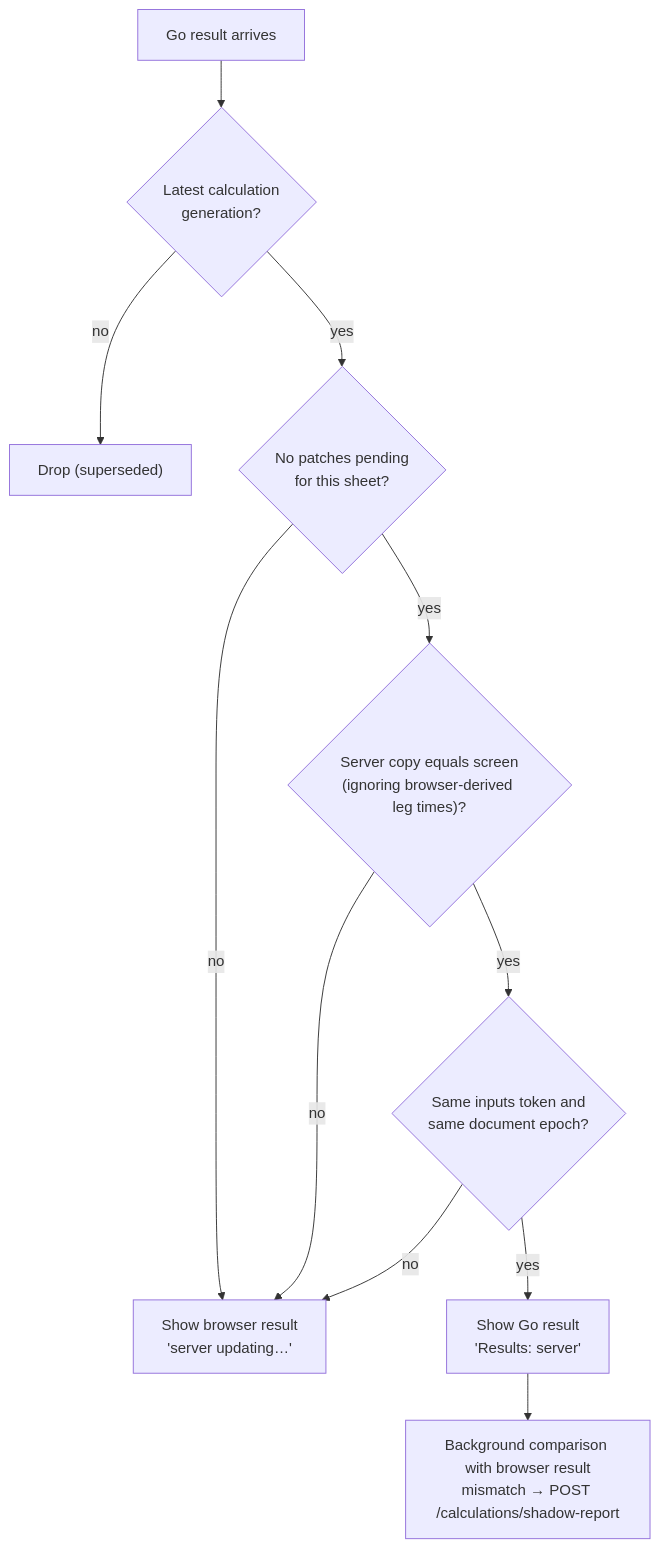
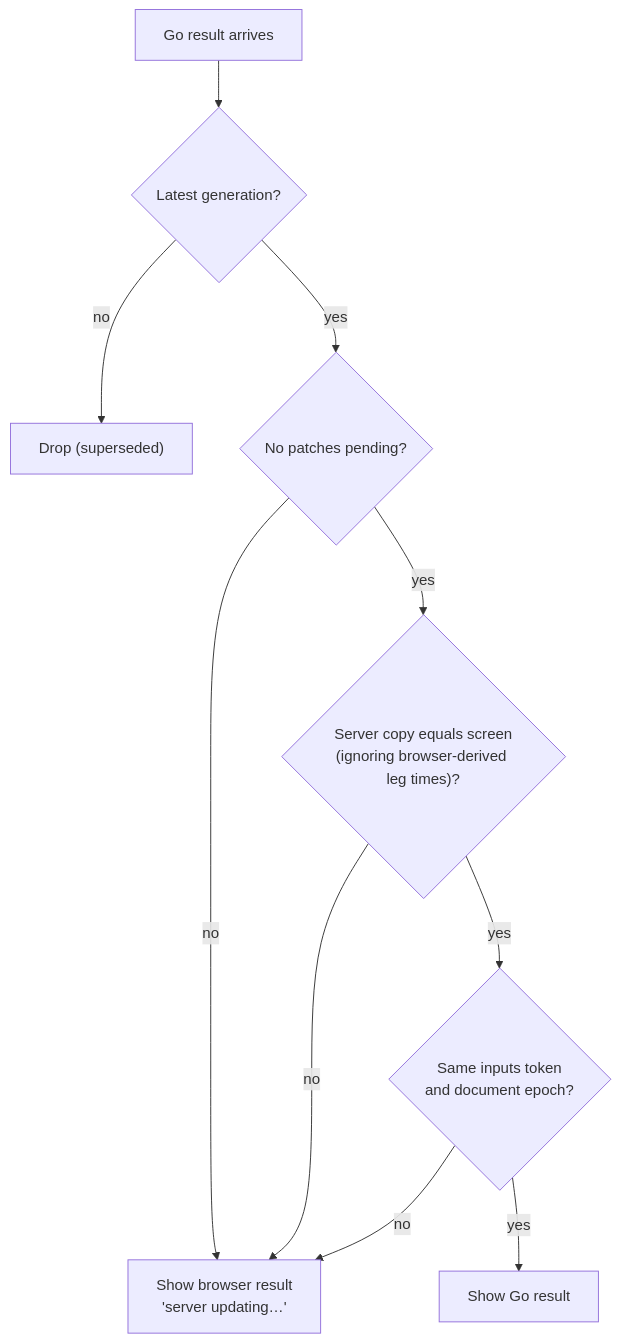
One commit to Animesh-na/NM-Deploy changed the third of 10 diagrams in ARCHITECTURE.md. Above: the diagram before and after it, drawn with Mermaid. The commit also changed other lines of this file and 15 other files, not shown here.

````diff
--- a/ARCHITECTURE.md
+++ b/ARCHITECTURE.md
@@ -114,13 +131,12 @@
 ```mermaid
 flowchart TD
-  R["Go result arrives"] --> Q1{"Latest calculation<br/>generation?"}
+  R["Go result arrives"] --> Q1{"Latest generation?"}
   Q1 -- no --> X["Drop (superseded)"]
-  Q1 -- yes --> Q2{"No patches pending<br/>for this sheet?"}
+  Q1 -- yes --> Q2{"No patches pending?"}
   Q2 -- no --> L["Show browser result<br/>'server updating…'"]
   Q2 -- yes --> Q3{"Server copy equals screen<br/>(ignoring browser-derived leg times)?"}
   Q3 -- no --> L
-  Q3 -- yes --> Q4{"Same inputs token and<br/>same document epoch?"}
+  Q3 -- yes --> Q4{"Same inputs token<br/>and document epoch?"}
   Q4 -- no --> L
-  Q4 -- yes --> S["Show Go result<br/>'Results: server'"]
-  S --> C["Background comparison with browser result<br/>mismatch → POST /calculations/shadow-report"]
+  Q4 -- yes --> S["Show Go result"]
 ```
````
